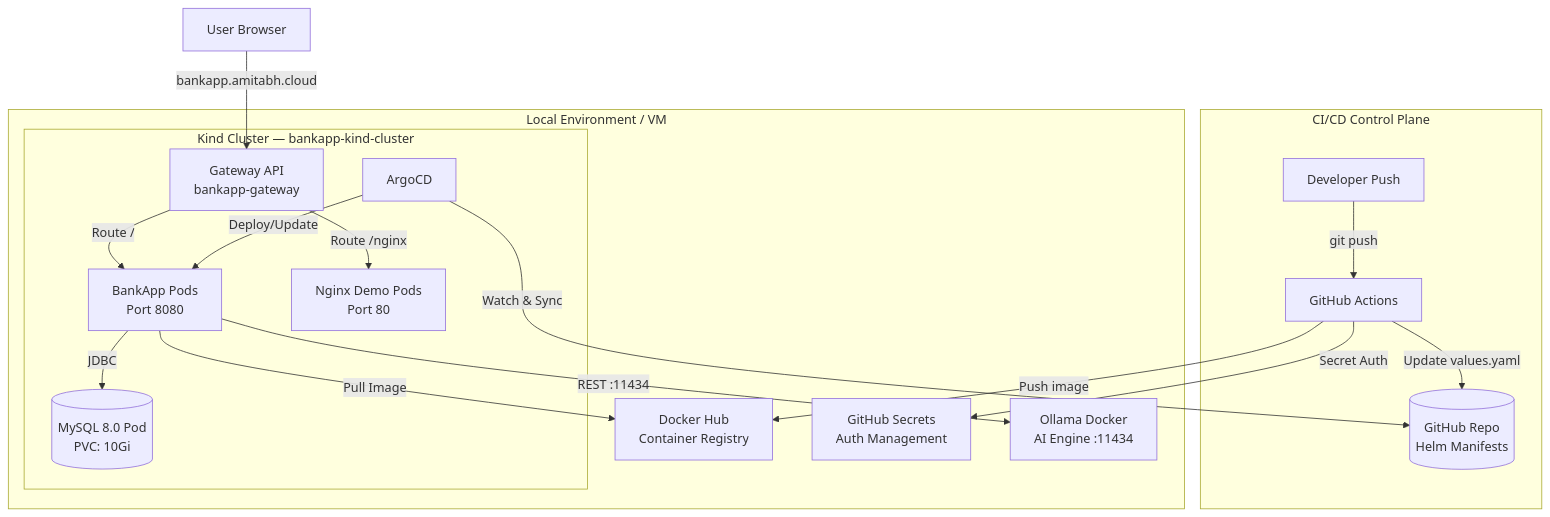
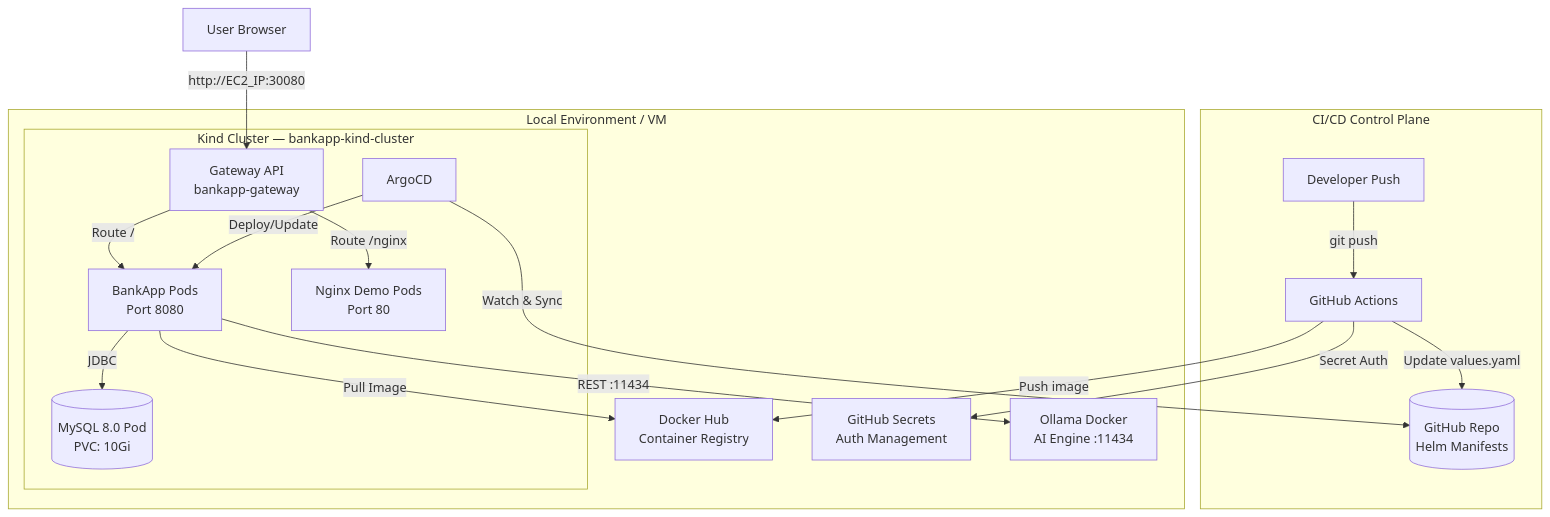
Before and after one commit to Amitabh-DevOps/DevSecOps-Bankapp: the first of 2 diagrams in README.md, drawn with Mermaid. The commit also changed other lines of this file and 7 other files, not shown here.

````diff
--- a/README.md
+++ b/README.md
@@ -23,38 +23,38 @@
 ```mermaid
 graph TD
     subgraph "CI/CD Control Plane"
         DEV[Developer Push]
         GH[GitHub Actions]
         REPO[(GitHub Repo\nHelm Manifests)]
     end
 
     subgraph "Local Environment / VM"
         DH[Docker Hub\nContainer Registry]
         SEC[GitHub Secrets\nAuth Management]
         OLLAMA[Ollama Docker\nAI Engine :11434]
 
         subgraph "Kind Cluster — bankapp-kind-cluster"
             ARGO[ArgoCD]
             GW[Gateway API\nbankapp-gateway]
             APP[BankApp Pods\nPort 8080]
             NGX[Nginx Demo Pods\nPort 80]
             DB[(MySQL 8.0 Pod\nPVC: 10Gi)]
         end
     end
 
     DEV -->|git push| GH
     GH -->|Secret Auth| SEC
     GH -->|Push image| DH
     GH -->|Update values.yaml| REPO
 
     ARGO -->|Watch & Sync| REPO
     ARGO -->|Deploy/Update| APP
 
-    USER[User Browser] -->|bankapp.amitabh.cloud| GW
+    USER[User Browser] -->|http://EC2_IP:30080| GW
     GW -->|Route /| APP
     GW -->|Route /nginx| NGX
 
     APP -->|Pull Image| DH
     APP -->|JDBC| DB
     APP -->|REST :11434| OLLAMA
 ```
````
